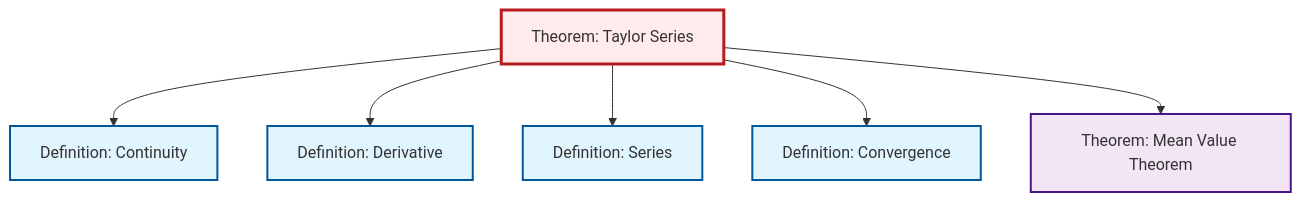
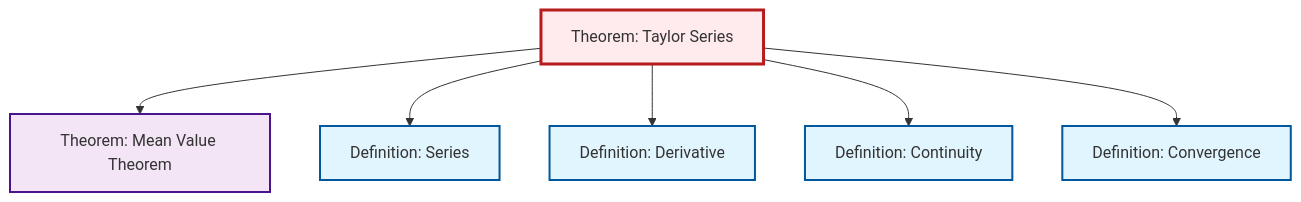
Before and after one commit to RK0429/ModernMath: the diagram in content/en/analysis/thm-taylor-series.qmd, drawn with Mermaid. The commit also changed other lines of this file and 531 other files, not shown here.

````diff
--- a/content/en/analysis/thm-taylor-series.qmd
+++ b/content/en/analysis/thm-taylor-series.qmd
@@ -107,26 +107,26 @@
 ```{mermaid}
 %%| fig-cap: "Local dependency graph"
 graph TD
     classDef definition fill:#e1f5fe,stroke:#01579b,stroke-width:2px
     classDef theorem fill:#f3e5f5,stroke:#4a148c,stroke-width:2px
     classDef axiom fill:#fff3e0,stroke:#e65100,stroke-width:2px
     classDef example fill:#e8f5e9,stroke:#1b5e20,stroke-width:2px
     classDef current fill:#ffebee,stroke:#b71c1c,stroke-width:3px
+    def-convergence["Definition: Convergence"]:::definition
+    def-series["Definition: Series"]:::definition
     thm-mean-value["Theorem: Mean Value Theorem"]:::theorem
-    def-series["Definition: Series"]:::definition
-    def-convergence["Definition: Convergence"]:::definition
+    def-derivative["Definition: Derivative"]:::definition
     def-continuity["Definition: Continuity"]:::definition
-    def-derivative["Definition: Derivative"]:::definition
     thm-taylor-series["Theorem: Taylor Series"]:::theorem
+    thm-taylor-series --> thm-mean-value
+    thm-taylor-series --> def-series
+    thm-taylor-series --> def-derivative
     thm-taylor-series --> def-continuity
-    thm-taylor-series --> def-derivative
-    thm-taylor-series --> def-series
     thm-taylor-series --> def-convergence
-    thm-taylor-series --> thm-mean-value
     class thm-taylor-series current
+    click def-convergence "def-convergence.html" "Go to Convergence definition"
+    click def-series "def-series.html" "Go to Series definition"
     click thm-mean-value "thm-mean-value.html" "Go to Mean Value Theorem theorem"
-    click def-series "def-series.html" "Go to Series definition"
-    click def-convergence "def-convergence.html" "Go to Convergence definition"
+    click def-derivative "def-derivative.html" "Go to Derivative definition"
     click def-continuity "def-continuity.html" "Go to Continuity definition"
-    click def-derivative "def-derivative.html" "Go to Derivative definition"
 ```
````
